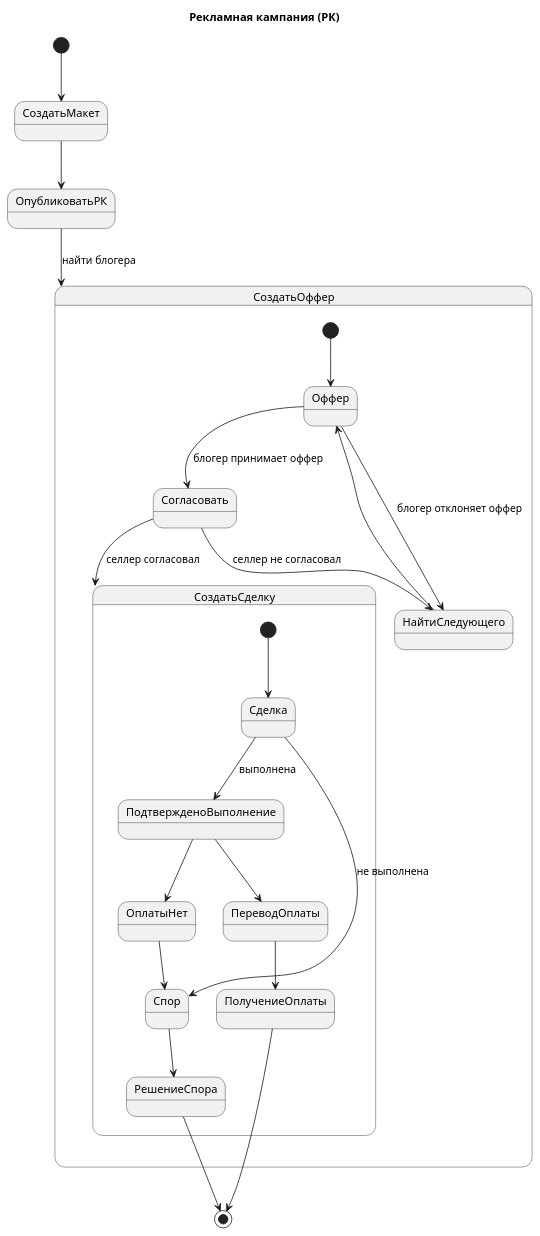
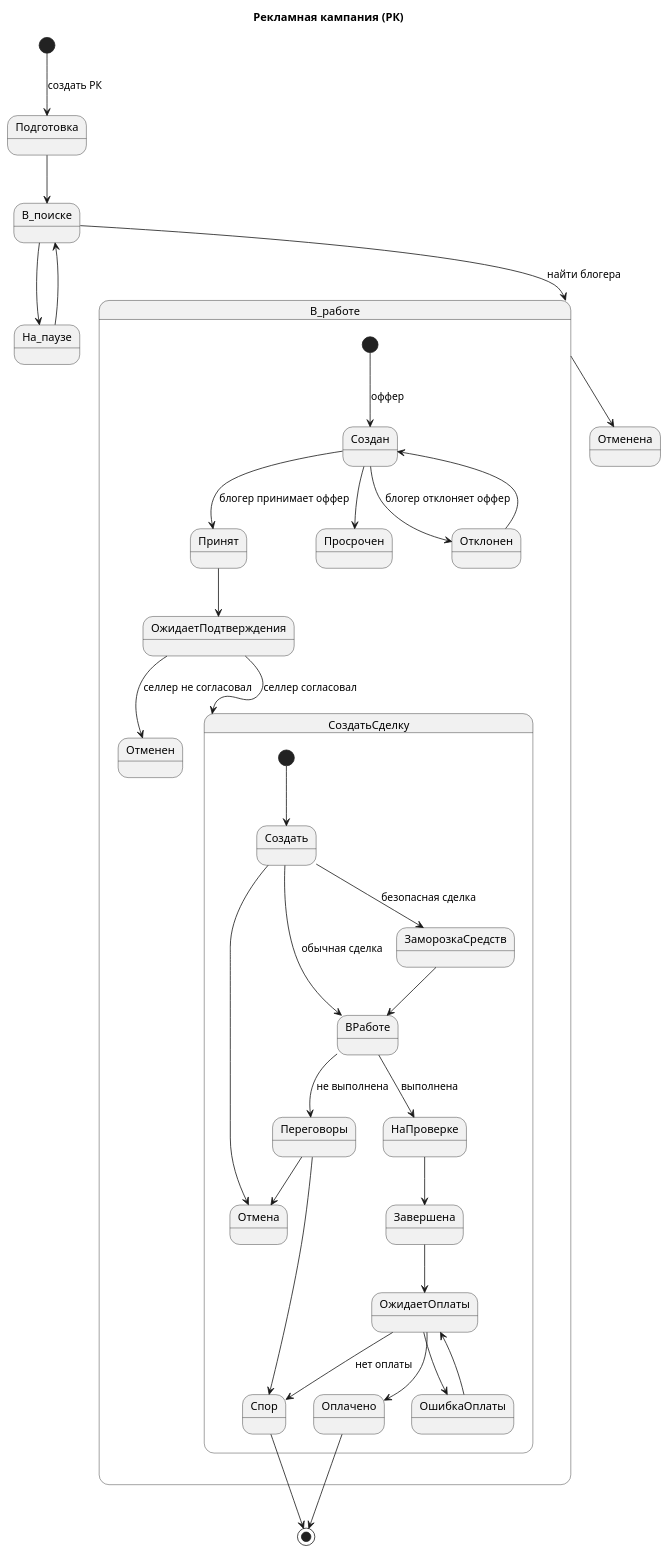
Before and after one commit to NadezdaHope19/practice: the diagram in diagrams/uml.puml, drawn with PlantUML.

```diff
--- a/diagrams/uml.puml
+++ b/diagrams/uml.puml
@@ -1,26 +1,38 @@
 @startuml
 title Рекламная кампания (РК)
-[*] --> СоздатьМакет
-СоздатьМакет --> ОпубликоватьРК
-ОпубликоватьРК --> СоздатьОффер : найти блогера
-state СоздатьОффер {
-[*] -->  Оффер
-Оффер --> Согласовать : блогер принимает оффер
-Оффер --> НайтиСледующего : блогер отклоняет оффер
-НайтиСледующего --> Оффер
-Согласовать --> СоздатьСделку : селлер согласовал
-Согласовать --> НайтиСледующего : селлер не согласовал
+[*] --> Подготовка : создать РК
+Подготовка --> В_поиске
+В_поиске --> В_работе : найти блогера
+В_поиске --> На_паузе
+На_паузе --> В_поиске
+В_работе --> Отменена
+state В_работе {
+[*] -->  Создан : оффер
+Создан --> Принят : блогер принимает оффер
+Создан --> Отклонен : блогер отклоняет оффер
+Создан --> Просрочен
+Принят --> ОжидаетПодтверждения
+Отклонен --> Создан
+ОжидаетПодтверждения --> СоздатьСделку : селлер согласовал
+ОжидаетПодтверждения --> Отменен : селлер не согласовал
 }
 state СоздатьСделку {
-[*] --> Сделка
-Сделка --> ПодтвержденоВыполнение : выполнена
-Сделка --> Спор : не выполнена
-ПодтвержденоВыполнение --> ПереводОплаты
-ПодтвержденоВыполнение --> ОплатыНет
-ОплатыНет --> Спор
-Спор --> РешениеСпора
-ПереводОплаты --> ПолучениеОплаты
+[*] --> Создать
+Создать --> Отмена
+Создать --> ЗаморозкаСредств : безопасная сделка
+ЗаморозкаСредств --> ВРаботе
+Создать --> ВРаботе : обычная сделка
+ВРаботе --> НаПроверке : выполнена
+НаПроверке --> Завершена
+ВРаботе --> Переговоры : не выполнена
+Переговоры --> Отмена
+Переговоры --> Спор
+Завершена --> ОжидаетОплаты
+ОжидаетОплаты --> Оплачено
+ОжидаетОплаты --> ОшибкаОплаты
+ОшибкаОплаты --> ОжидаетОплаты
+ОжидаетОплаты --> Спор : нет оплаты
 }
-РешениеСпора --> [*]
-ПолучениеОплаты --> [*]
+Спор --> [*]
+Оплачено --> [*]
 @enduml
```
